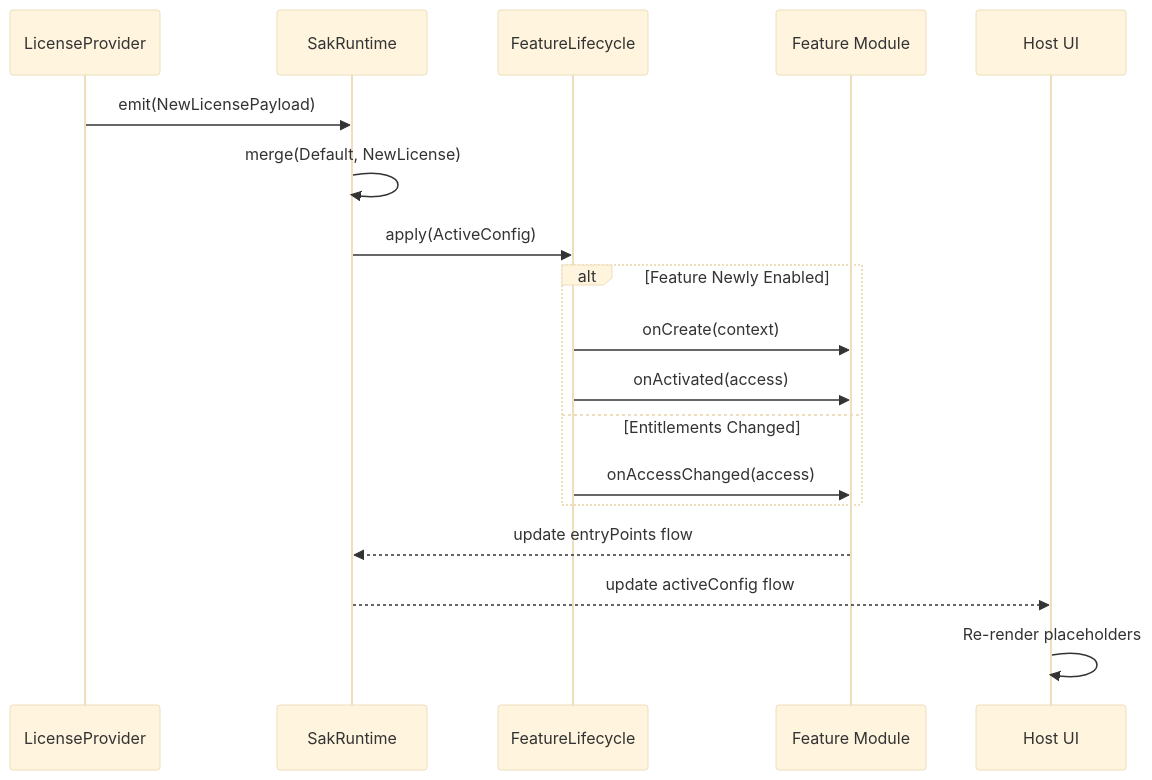
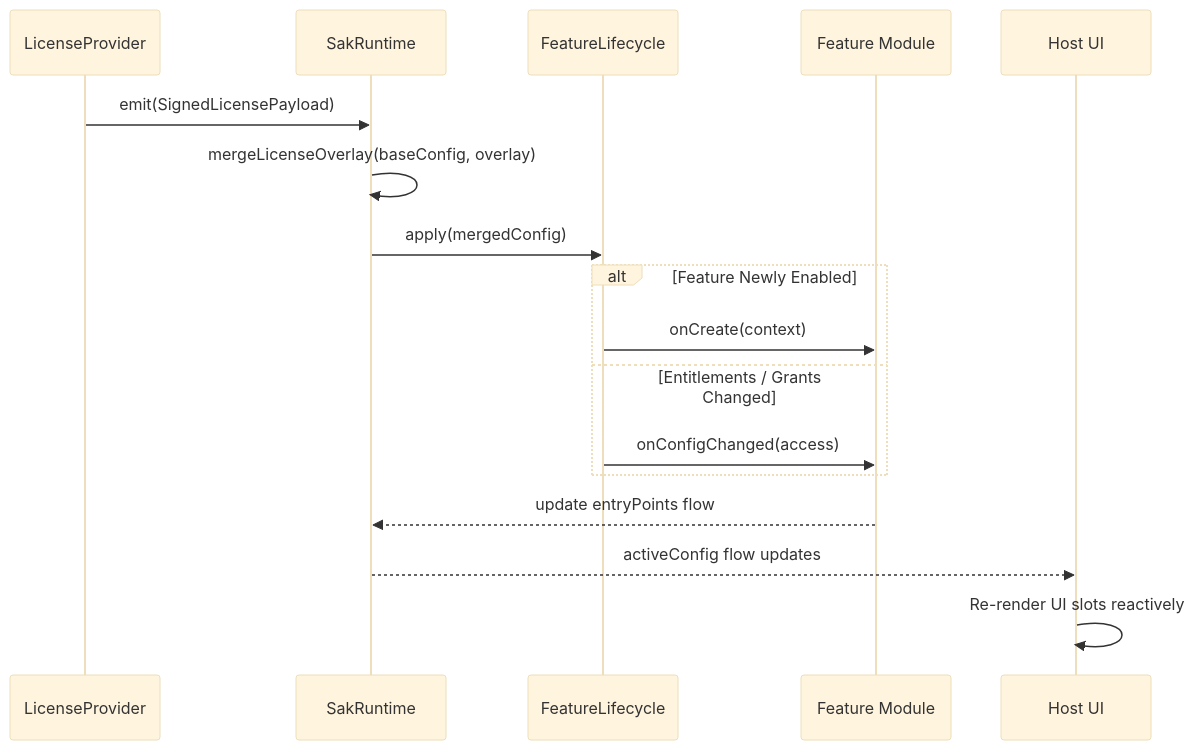
One commit to san-sk/sak changed the second of 4 diagrams in docs/FLOWS.md. Above: the diagram before and after it, drawn with Mermaid (base theme). The commit also changed other lines of this file and 104 other files, not shown here.

````diff
--- a/docs/FLOWS.md
+++ b/docs/FLOWS.md
@@ -38,23 +39,22 @@
 ```mermaid
 sequenceDiagram
-    participant Provider as LicenseProvider
+    participant License as LicenseProvider
     participant Runtime as SakRuntime
     participant Lifecycle as FeatureLifecycle
     participant Feature as Feature Module
     participant Host as Host UI
 
-    Provider->>Runtime: emit(NewLicensePayload)
-    Runtime->>Runtime: merge(Default, NewLicense)
-    Runtime->>Lifecycle: apply(ActiveConfig)
+    License->>Runtime: emit(SignedLicensePayload)
+    Runtime->>Runtime: mergeLicenseOverlay(baseConfig, overlay)
+    Runtime->>Lifecycle: apply(mergedConfig)
 
     alt Feature Newly Enabled
         Lifecycle->>Feature: onCreate(context)
-        Lifecycle->>Feature: onActivated(access)
-    else Entitlements Changed
-        Lifecycle->>Feature: onAccessChanged(access)
+    else Entitlements / Grants Changed
+        Lifecycle->>Feature: onConfigChanged(access)
     end
 
     Feature-->>Runtime: update entryPoints flow
-    Runtime-->>Host: update activeConfig flow
-    Host->>Host: Re-render placeholders
+    Runtime-->>Host: activeConfig flow updates
+    Host->>Host: Re-render UI slots reactively
 ```
````
